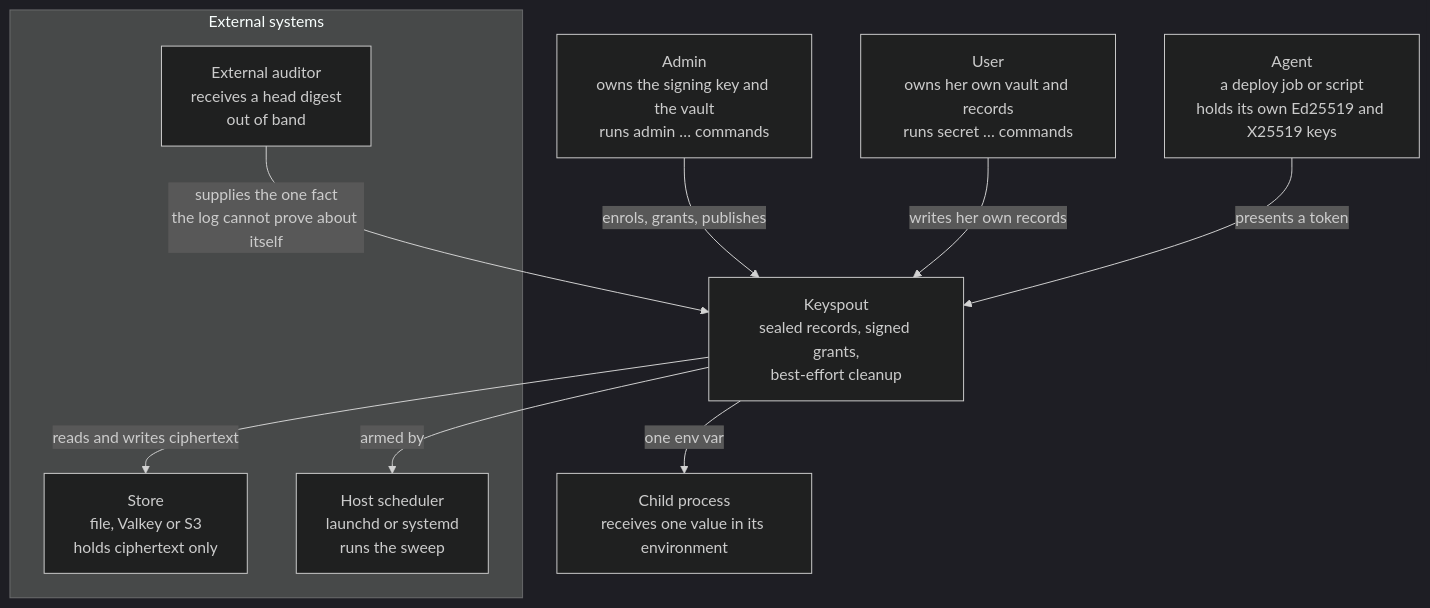
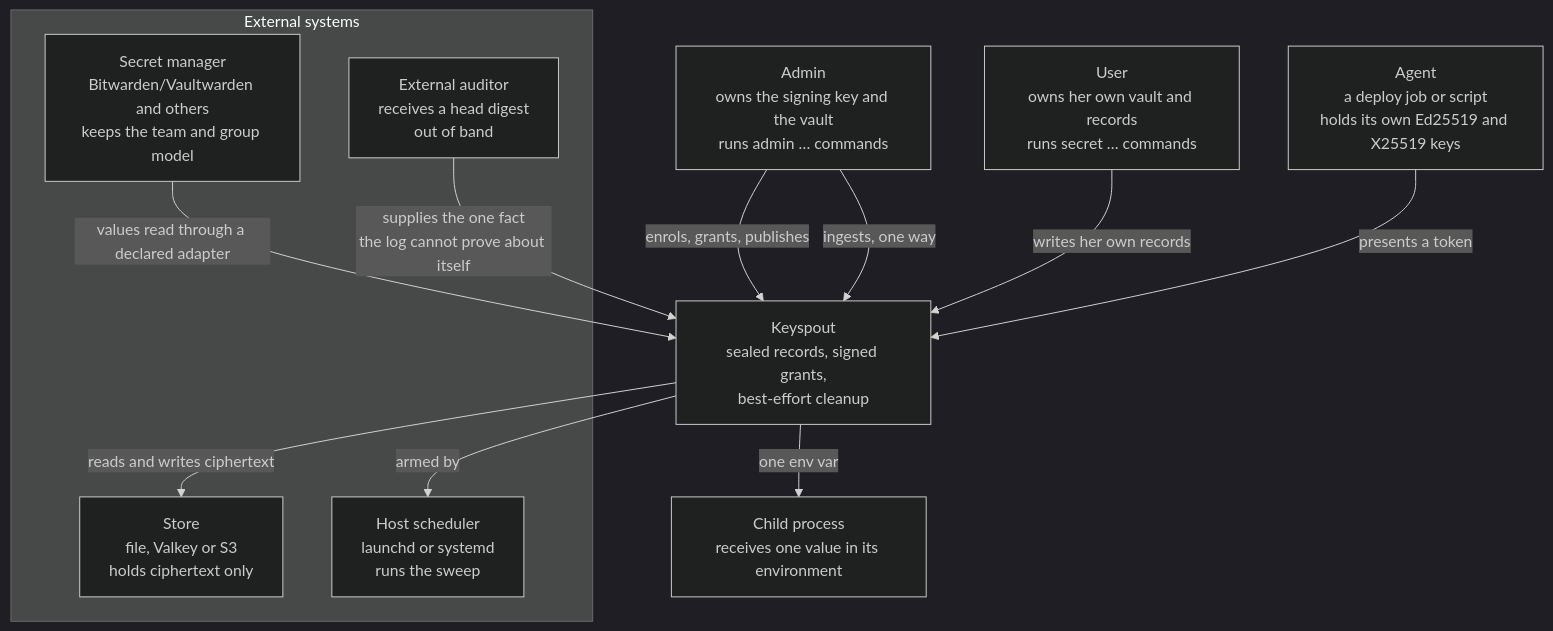
The first of 8 diagrams in docs/2. Architecture Overview.md (bruj0/keyspout), drawn with Mermaid (dark theme) before and after one commit. The commit also changed other lines of this file and 68 other files, not shown here.

````diff
--- a/docs/2. Architecture Overview.md
+++ b/docs/2. Architecture Overview.md
@@ -9,23 +9,26 @@
 ```mermaid
 flowchart TD
     ADMIN["Admin<br/>owns the signing key and the vault<br/>runs admin … commands"]
     USER["User<br/>owns her own vault and records<br/>runs secret … commands"]
     AGENT["Agent<br/>a deploy job or script<br/>holds its own Ed25519 and X25519 keys"]
     CHILD["Child process<br/>receives one value in its environment"]
 
     KSP["Keyspout<br/>sealed records, signed grants,<br/>best-effort cleanup"]
 
     subgraph ext["External systems"]
         STORE["Store<br/>file, Valkey or S3<br/>holds ciphertext only"]
         SCHED["Host scheduler<br/>launchd or systemd<br/>runs the sweep"]
         AUDIT["External auditor<br/>receives a head digest<br/>out of band"]
+        MANAGER["Secret manager<br/>Bitwarden/Vaultwarden and others<br/>keeps the team and group model"]
     end
 
     ADMIN -->|"enrols, grants, publishes"| KSP
+    ADMIN -->|"ingests, one way"| KSP
+    MANAGER -->|"values read through a declared adapter"| KSP
     USER -->|"writes her own records"| KSP
     AGENT -->|"presents a token"| KSP
     KSP -->|"reads and writes ciphertext"| STORE
     KSP -->|"armed by"| SCHED
     KSP -->|"one env var"| CHILD
     AUDIT -->|"supplies the one fact<br/>the log cannot prove about itself"| KSP
 ```
````
